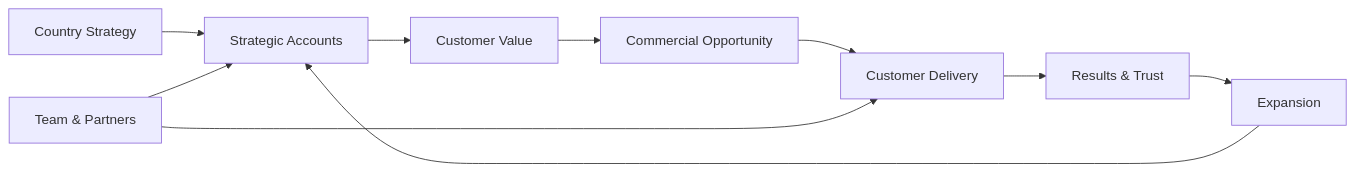
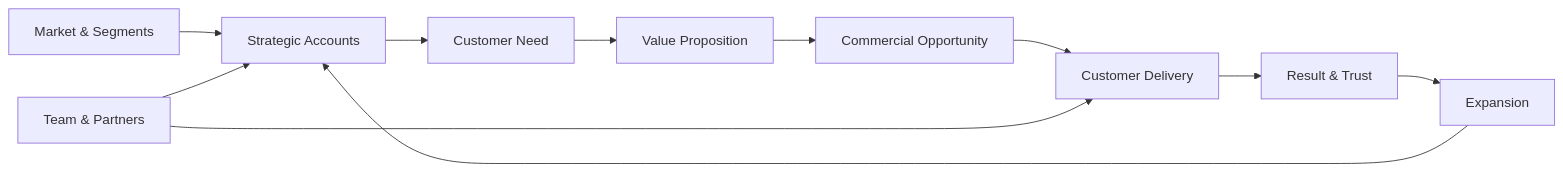
One commit to psilva-git/enterprise-ai-delivery changed the first of 6 diagrams in examples/how-i-would-build-an-ai-country-business.md. Above: the diagram before and after it, drawn with Mermaid. The commit also changed other lines of this file, not shown here.

Commit message:
Strengthen 100-day country blueprint with commercial leadership methods

````diff
--- a/examples/how-i-would-build-an-ai-country-business.md
+++ b/examples/how-i-would-build-an-ai-country-business.md
@@ -20,13 +20,14 @@
 ```mermaid
 flowchart LR
-    S[Country Strategy] --> A[Strategic Accounts]
-    A --> V[Customer Value]
+    M[Market & Segments] --> A[Strategic Accounts]
+    A --> N[Customer Need]
+    N --> V[Value Proposition]
     V --> C[Commercial Opportunity]
     C --> D[Customer Delivery]
-    D --> R[Results & Trust]
+    D --> R[Result & Trust]
     R --> X[Expansion]
     X --> A
 
     T[Team & Partners] --> A
     T --> D
 ```
````
